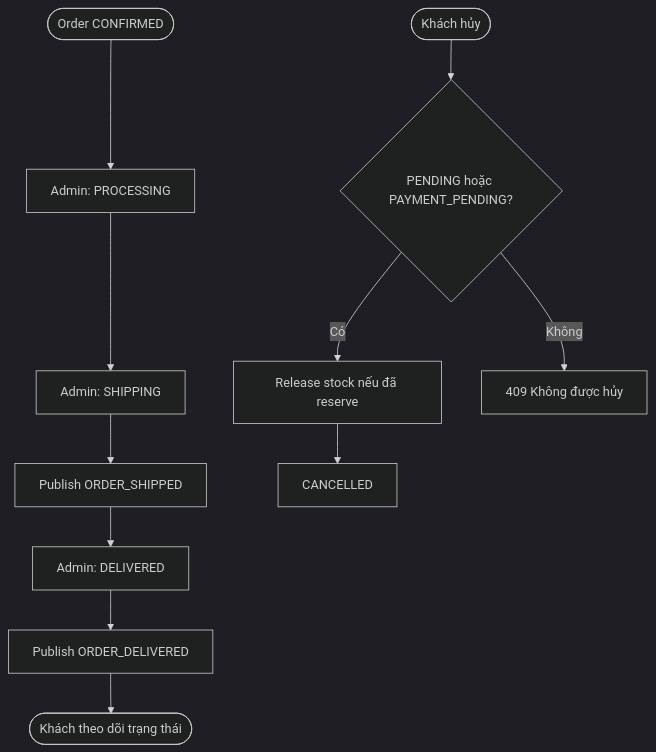
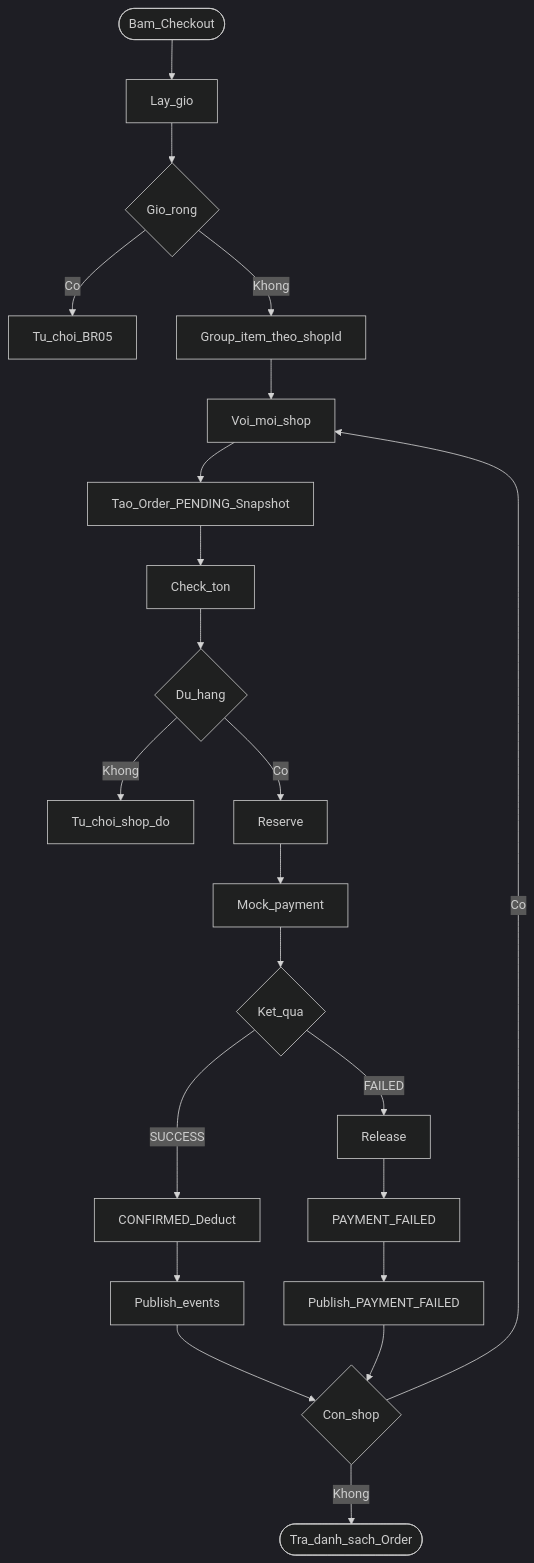
One commit to trinhvanhai1994/GTVT_ecommerce changed the eighth of 16 diagrams in BAO-CAO-DO-AN.md. Above: the diagram before and after it, drawn with Mermaid (dark theme). The commit also changed other lines of this file and 99 other files, not shown here.

````diff
--- a/BAO-CAO-DO-AN.md
+++ b/BAO-CAO-DO-AN.md
@@ -292,14 +471,24 @@
 ```mermaid
 flowchart TD
-  A([Order CONFIRMED]) --> B[Admin: PROCESSING]
-  B --> C[Admin: SHIPPING]
-  C --> D[Publish ORDER_SHIPPED]
-  D --> E[Admin: DELIVERED]
-  E --> F[Publish ORDER_DELIVERED]
-  F --> G([Khách theo dõi trạng thái])
-
-  H([Khách hủy]) --> I{PENDING hoặc PAYMENT_PENDING?}
-  I -->|Có| J[Release stock nếu đã reserve]
-  J --> K[CANCELLED]
-  I -->|Không| L[409 Không được hủy]
+  startCo([Bam_Checkout]) --> getCart[Lay_gio]
+  getCart --> empty{Gio_rong}
+  empty -->|Co| rejectEmpty[Tu_choi_BR05]
+  empty -->|Khong| group[Group_item_theo_shopId]
+  group --> loop[Voi_moi_shop]
+  loop --> createOrd[Tao_Order_PENDING_Snapshot]
+  createOrd --> checkInv[Check_ton]
+  checkInv --> enough{Du_hang}
+  enough -->|Khong| rejectStock[Tu_choi_shop_do]
+  enough -->|Co| reserve[Reserve]
+  reserve --> charge[Mock_payment]
+  charge --> payResult{Ket_qua}
+  payResult -->|SUCCESS| confirm[CONFIRMED_Deduct]
+  confirm --> pubOk[Publish_events]
+  payResult -->|FAILED| release[Release]
+  release --> failOrd[PAYMENT_FAILED]
+  failOrd --> pubFail[Publish_PAYMENT_FAILED]
+  pubOk --> moreShop{Con_shop}
+  pubFail --> moreShop
+  moreShop -->|Co| loop
+  moreShop -->|Khong| done([Tra_danh_sach_Order])
 ```
````
